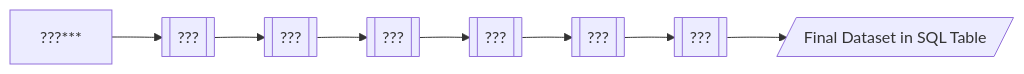
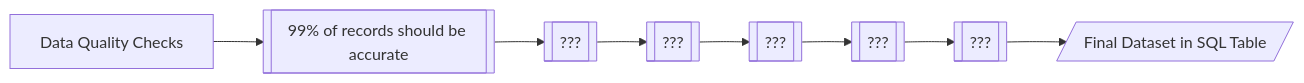
The fourth of 4 diagrams in walkthough-activities/activity-2.md (tungstennn/etl-example), drawn with Mermaid before and after one commit.

````diff
--- a/walkthough-activities/activity-2.md
+++ b/walkthough-activities/activity-2.md
@@ -62,10 +62,10 @@
 ```mermaid
 flowchart LR
-    A[???***] --> B1@{shape: subproc, label: "???"}
+    A[Data Quality Checks] --> B1@{shape: subproc, label: "99% of records should be accurate"}
     B1 --> B2@{shape: subproc, label: "???"}
     B2 --> B3@{shape: subproc, label: "???"}
     B3 --> B4@{shape: subproc, label: "???"}
     B4 --> B5@{shape: subproc, label: "???"}
     B5 --> B6@{shape: subproc, label: "???"}
     B6 --> B7@{shape: lean-r, label: "Final Dataset in SQL Table"}
 ```
````
